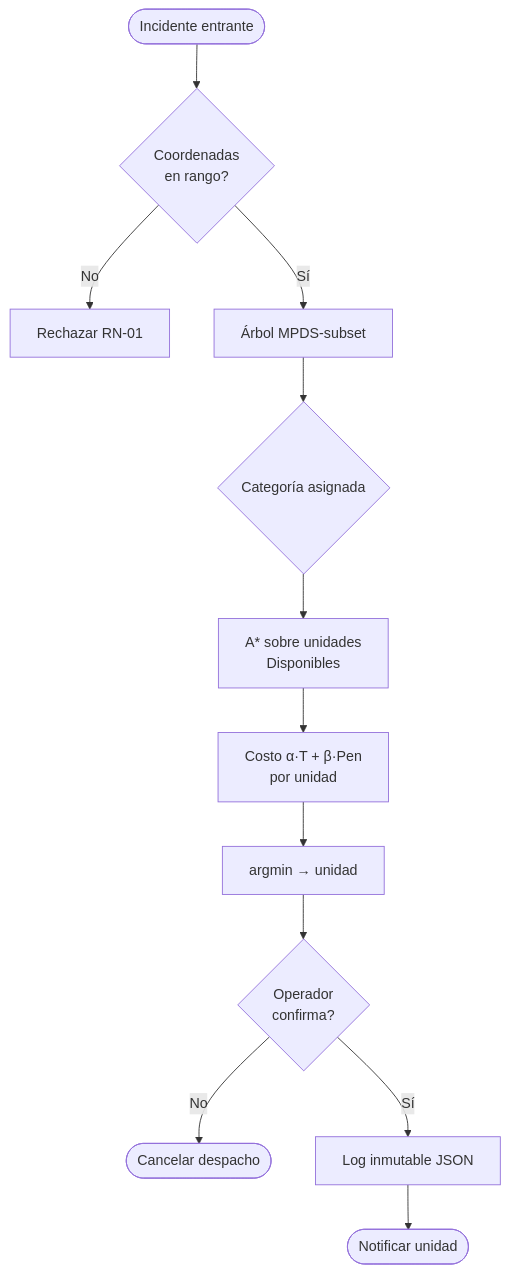
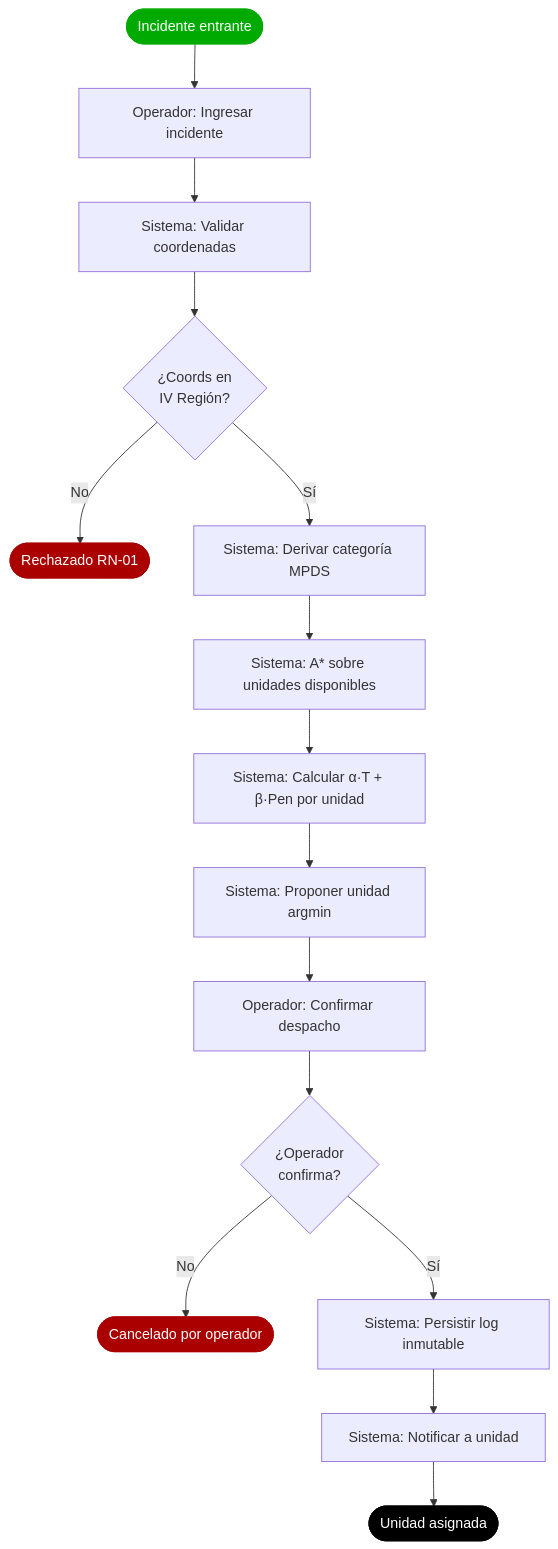
Before and after one commit to Jacket-69/sentinel-dispatch: the first of 2 diagrams in docs/architecture/process-bpmn.md, drawn with Mermaid. The commit also changed other lines of this file and 4 other files, not shown here.

````diff
--- a/docs/architecture/process-bpmn.md
+++ b/docs/architecture/process-bpmn.md
@@ -23,14 +62,24 @@
 ```mermaid
 flowchart TD
-    Start([Incidente entrante]) --> Validar{Coordenadas<br/>en rango?}
-    Validar -->|No| Reject[Rechazar RN-01]
-    Validar -->|Sí| Triaje[Árbol MPDS-subset]
-    Triaje --> Categoria{Categoría asignada}
-    Categoria --> Astar[A* sobre unidades<br/>Disponibles]
-    Astar --> Costo[Costo α·T + β·Pen<br/>por unidad]
-    Costo --> Argmin[argmin → unidad]
-    Argmin --> Confirmar{Operador<br/>confirma?}
-    Confirmar -->|No| Cancelar([Cancelar despacho])
-    Confirmar -->|Sí| Persistir[Log inmutable JSON]
-    Persistir --> Asignar([Notificar unidad])
+    Start([Incidente entrante]) --> Ingresar[Operador: Ingresar incidente]
+    Ingresar --> Validar[Sistema: Validar coordenadas]
+    Validar --> CoordsOK{¿Coords en<br/>IV Región?}
+    CoordsOK -->|No| Rechazar([Rechazado RN-01])
+    CoordsOK -->|Sí| Triaje[Sistema: Derivar categoría MPDS]
+    Triaje --> Astar[Sistema: A* sobre unidades disponibles]
+    Astar --> Costo[Sistema: Calcular α·T + β·Pen por unidad]
+    Costo --> Proponer[Sistema: Proponer unidad argmin]
+    Proponer --> Confirmar[Operador: Confirmar despacho]
+    Confirmar --> Decide{¿Operador<br/>confirma?}
+    Decide -->|No| Cancelar([Cancelado por operador])
+    Decide -->|Sí| Log[Sistema: Persistir log inmutable]
+    Log --> Notificar[Sistema: Notificar a unidad]
+    Notificar --> Asignado([Unidad asignada])
+
+    classDef start fill:#0a0,color:#fff,stroke:#0a0
+    classDef end1 fill:#a00,color:#fff,stroke:#a00
+    classDef end2 fill:#000,color:#fff,stroke:#000
+    class Start start
+    class Rechazar,Cancelar end1
+    class Asignado end2
 ```
````
